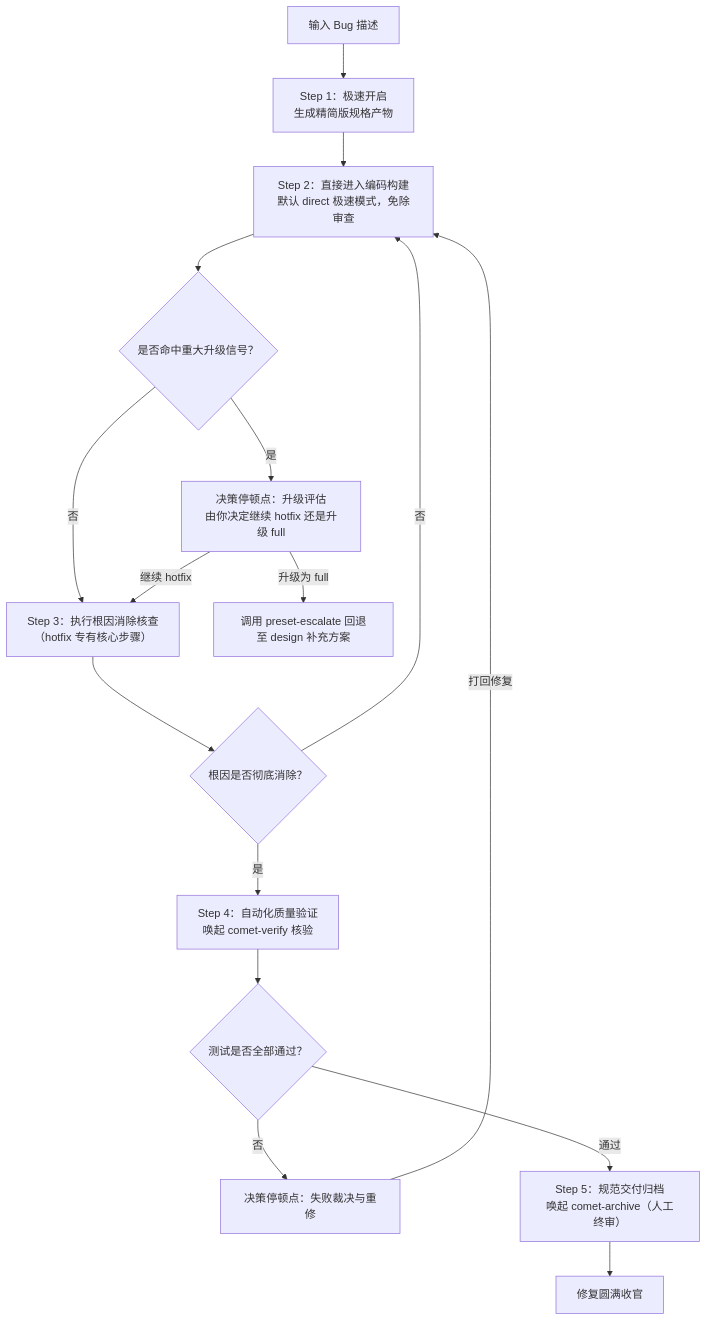
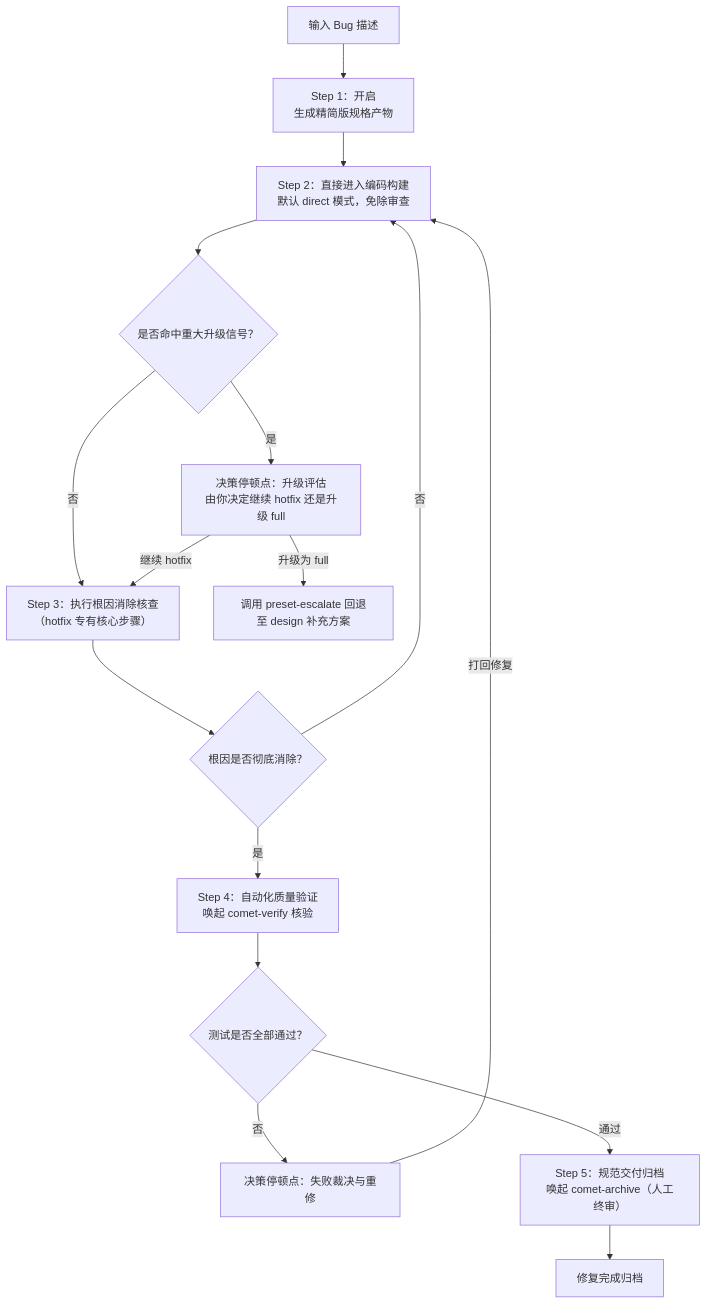
The diagram in zh/presets/hotfix.mdx (rpamis/comet-website-docs), drawn with Mermaid before and after one commit. The commit also changed other lines of this file and 103 other files, not shown here.

````diff
--- a/zh/presets/hotfix.mdx
+++ b/zh/presets/hotfix.mdx
@@ -65,18 +65,18 @@
 ```mermaid
 flowchart TD
-    Start["输入 Bug 描述"] --> S1["Step 1：极速开启<br/>生成精简版规格产物"]
-    S1 --> S2["Step 2：直接进入编码构建<br/>默认 direct 极速模式，免除审查"]
+    Start["输入 Bug 描述"] --> S1["Step 1：开启<br/>生成精简版规格产物"]
+    S1 --> S2["Step 2：直接进入编码构建<br/>默认 direct 模式，免除审查"]
     S2 --> Esc{"是否命中重大升级信号？"}
     Esc -->|是| EscStop["决策停顿点：升级评估<br/>由你决定继续 hotfix 还是升级 full"]
     Esc -->|否| S3["Step 3：执行根因消除核查<br/>（hotfix 专有核心步骤）"]
     EscStop -->|继续 hotfix| S3
     EscStop -->|升级为 full| EscUp["调用 preset-escalate 回退至 design 补充方案"]
     S3 --> Root{"根因是否彻底消除？"}
     Root -->|否| S2
     Root -->|是| S4["Step 4：自动化质量验证<br/>唤起 comet-verify 核验"]
     S4 --> Vf{"测试是否全部通过？"}
     Vf -->|否| VfStop["决策停顿点：失败裁决与重修"]
     VfStop -->|打回修复| S2
     Vf -->|通过| S5["Step 5：规范交付归档<br/>唤起 comet-archive（人工终审）"]
-    S5 --> Done["修复圆满收官"]
+    S5 --> Done["修复完成归档"]
 ```
````
